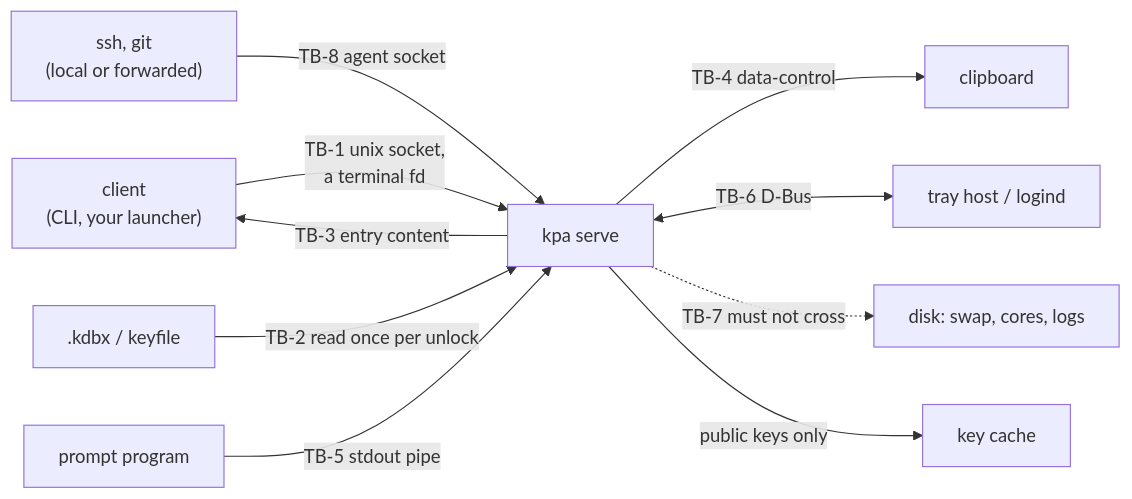
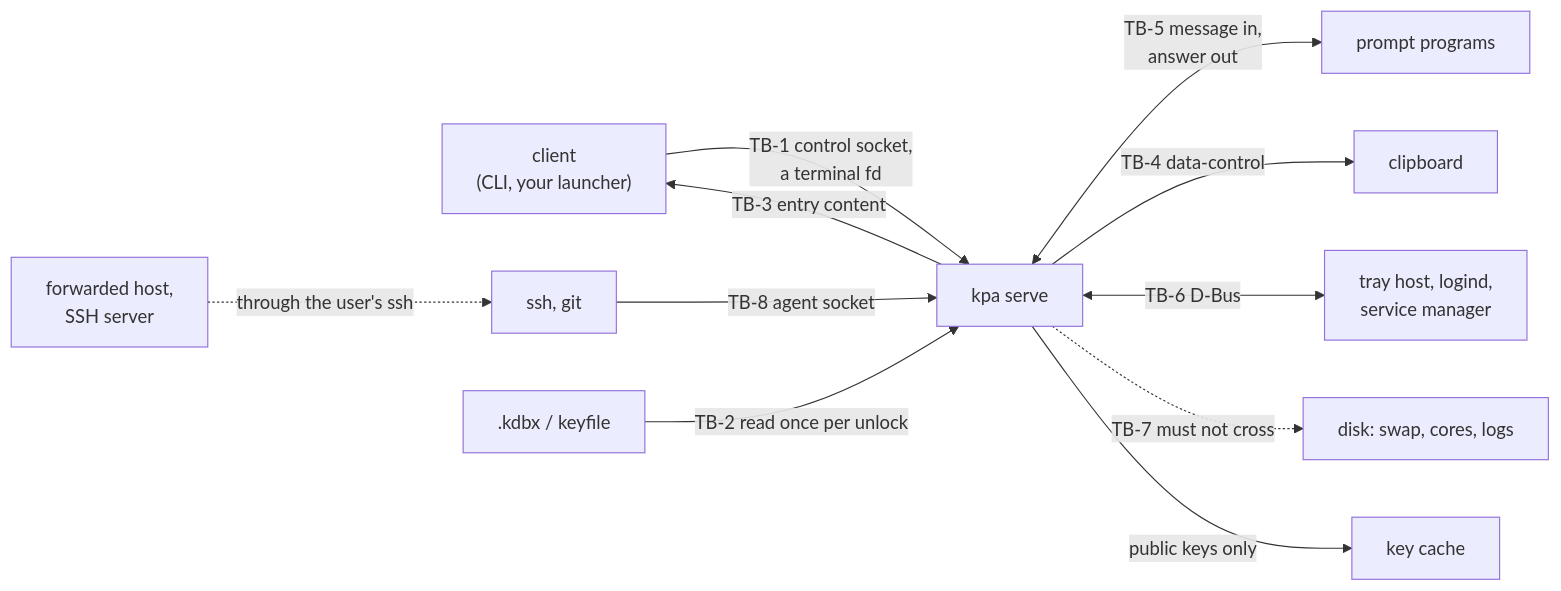
One commit to n6g7/kpa changed the diagram in docs/threat-model.md. Above: the diagram before and after it, drawn with Mermaid. The commit also changed other lines of this file, not shown here.

First line of the commit message:
docs(threat-model): describe kpa's four front ends and who reaches them

````diff
--- a/docs/threat-model.md
+++ b/docs/threat-model.md
@@ -36,12 +39,13 @@
 ```mermaid
 graph LR
-    client["client<br/>(CLI, your launcher)"] -->|"TB-1 unix socket,<br/>a terminal fd"| serve["kpa serve"]
-    ssh["ssh, git<br/>(local or forwarded)"] -->|"TB-8 agent socket"| serve
+    client["client<br/>(CLI, your launcher)"] -->|"TB-1 control socket,<br/>a terminal fd"| serve["kpa serve"]
+    ssh["ssh, git"] -->|"TB-8 agent socket"| serve
+    remote["forwarded host,<br/>SSH server"] -.->|"through the user's ssh"| ssh
     file[".kdbx / keyfile"] -->|"TB-2 read once per unlock"| serve
-    prompt["prompt program"] -->|"TB-5 stdout pipe"| serve
+    serve <-->|"TB-5 message in,<br/>answer out"| prompt["prompt programs"]
     serve -->|"TB-4 data-control"| clip["clipboard"]
-    serve <-->|"TB-6 D-Bus"| bus["tray host / logind"]
+    serve <-->|"TB-6 D-Bus"| bus["tray host, logind,<br/>service manager"]
     serve -.->|"TB-7 must not cross"| disk["disk: swap, cores, logs"]
     serve -->|"public keys only"| cache["key cache"]
     serve -->|"TB-3 entry content"| client
 ```
````
